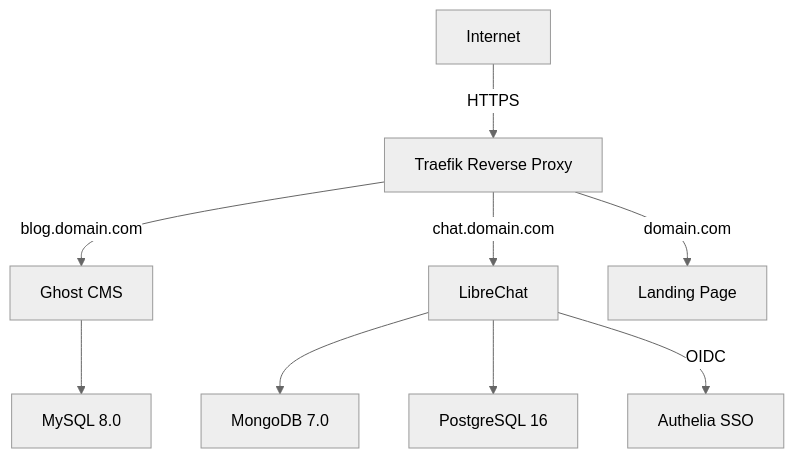
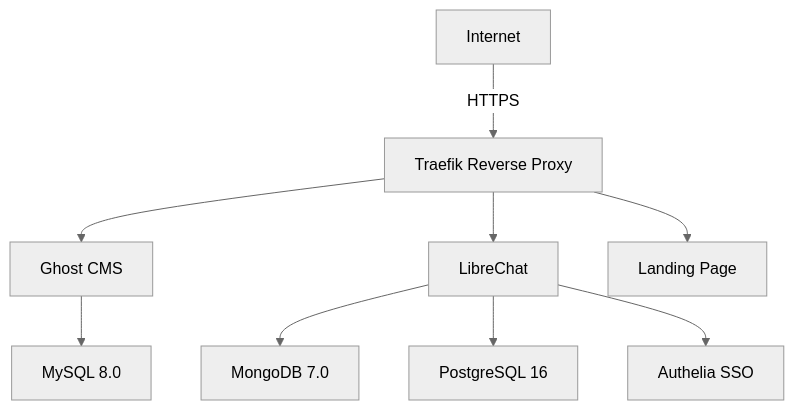
Before and after one commit to peermesh/docker-lab-docs: the fifth of 5 diagrams in docs/use-cases.md, drawn with Mermaid (neutral theme). The commit also changed other lines of this file and 13 other files, not shown here.

First line of the commit message:
fix: improve diagram legibility and icon rendering

````diff
--- a/docs/use-cases.md
+++ b/docs/use-cases.md
@@ -482,21 +482,21 @@
 ```mermaid
 flowchart TB
     Internet["Internet"]
     Traefik["Traefik Reverse Proxy"]
     Ghost["Ghost CMS"]
     LibreChat["LibreChat"]
     Landing["Landing Page"]
     MySQL["MySQL 8.0"]
     MongoDB["MongoDB 7.0"]
     PostgreSQL["PostgreSQL 16"]
     Authelia["Authelia SSO"]
 
     Internet -->|"HTTPS"| Traefik
-    Traefik -->|"blog.domain.com"| Ghost
-    Traefik -->|"chat.domain.com"| LibreChat
-    Traefik -->|"domain.com"| Landing
+    Traefik --> Ghost
+    Traefik --> LibreChat
+    Traefik --> Landing
     Ghost --> MySQL
     LibreChat --> MongoDB
     LibreChat --> PostgreSQL
-    LibreChat -->|"OIDC"| Authelia
+    LibreChat --> Authelia
 ```
````
